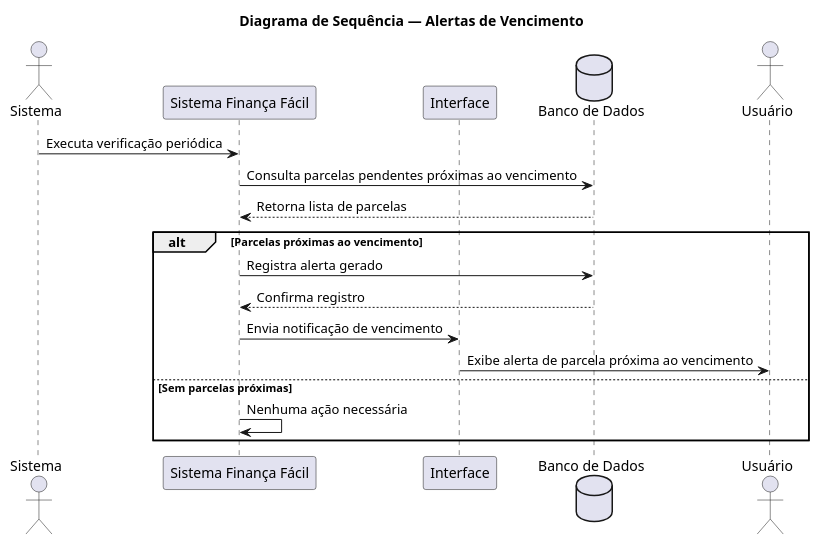
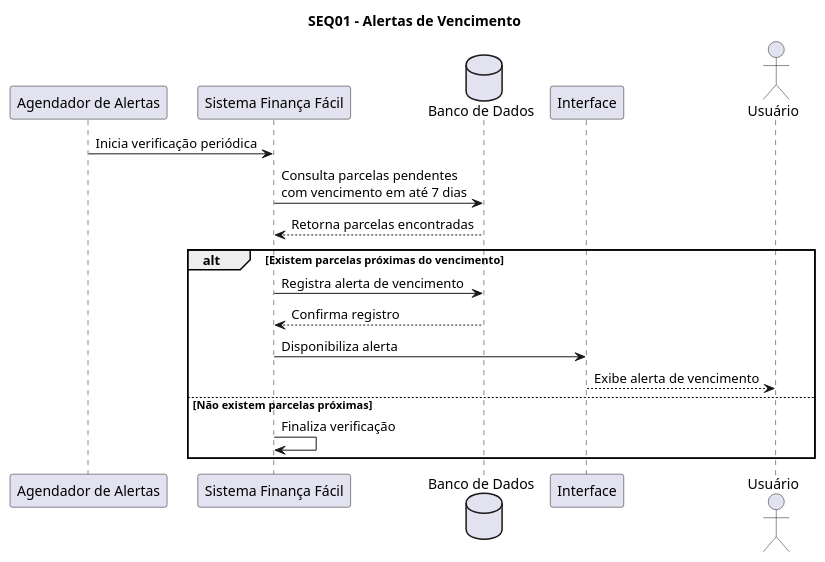
One commit to Nathan-Edu/Financa-Facil changed the diagram in docs/modelagem/sequencia/alertas-vencimento.puml. Above: the diagram before and after it, drawn with PlantUML.

Commit message:
Update sequence diagram for alert notifications

```diff
--- a/docs/modelagem/sequencia/alertas-vencimento.puml
+++ b/docs/modelagem/sequencia/alertas-vencimento.puml
@@ -1,22 +1,24 @@
 @startuml
-title Diagrama de Sequência — Alertas de Vencimento
 
-actor "Sistema" as SistemaAtor
+title SEQ01 - Alertas de Vencimento
+
+participant "Agendador de Alertas" as Agendador
 participant "Sistema Finança Fácil" as Sistema
+database "Banco de Dados" as Banco
 participant "Interface" as Interface
-database "Banco de Dados" as Banco
 actor "Usuário" as Usuario
 
-SistemaAtor -> Sistema: Executa verificação periódica
-Sistema -> Banco: Consulta parcelas pendentes próximas ao vencimento
-Banco --> Sistema: Retorna lista de parcelas
+Agendador -> Sistema: Inicia verificação periódica
+Sistema -> Banco: Consulta parcelas pendentes\ncom vencimento em até 7 dias
+Banco --> Sistema: Retorna parcelas encontradas
 
-alt Parcelas próximas ao vencimento
-    Sistema -> Banco: Registra alerta gerado
+alt Existem parcelas próximas do vencimento
+    Sistema -> Banco: Registra alerta de vencimento
     Banco --> Sistema: Confirma registro
-    Sistema -> Interface: Envia notificação de vencimento
-    Interface -> Usuario: Exibe alerta de parcela próxima ao vencimento
-else Sem parcelas próximas
-    Sistema -> Sistema: Nenhuma ação necessária
+    Sistema -> Interface: Disponibiliza alerta
+    Interface --> Usuario: Exibe alerta de vencimento
+else Não existem parcelas próximas
+    Sistema -> Sistema: Finaliza verificação
 end
+
 @enduml
```
